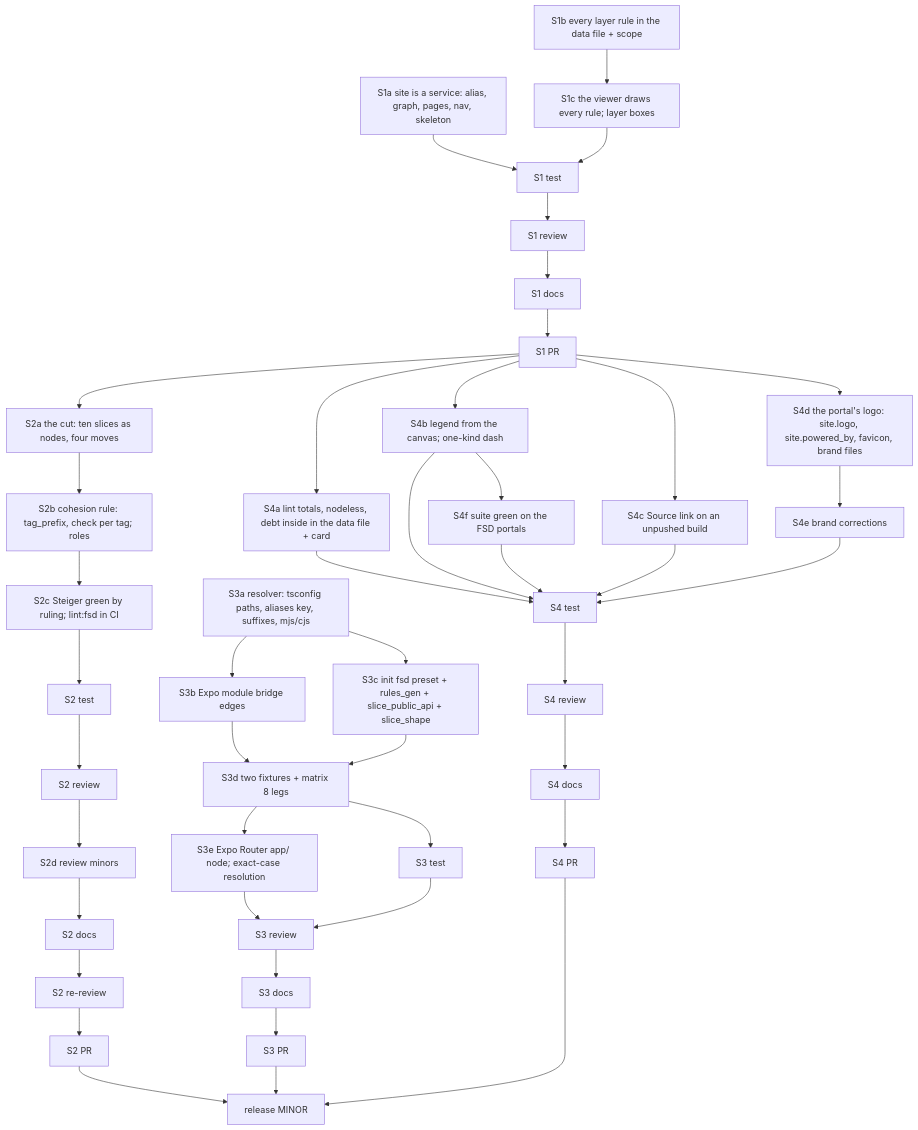
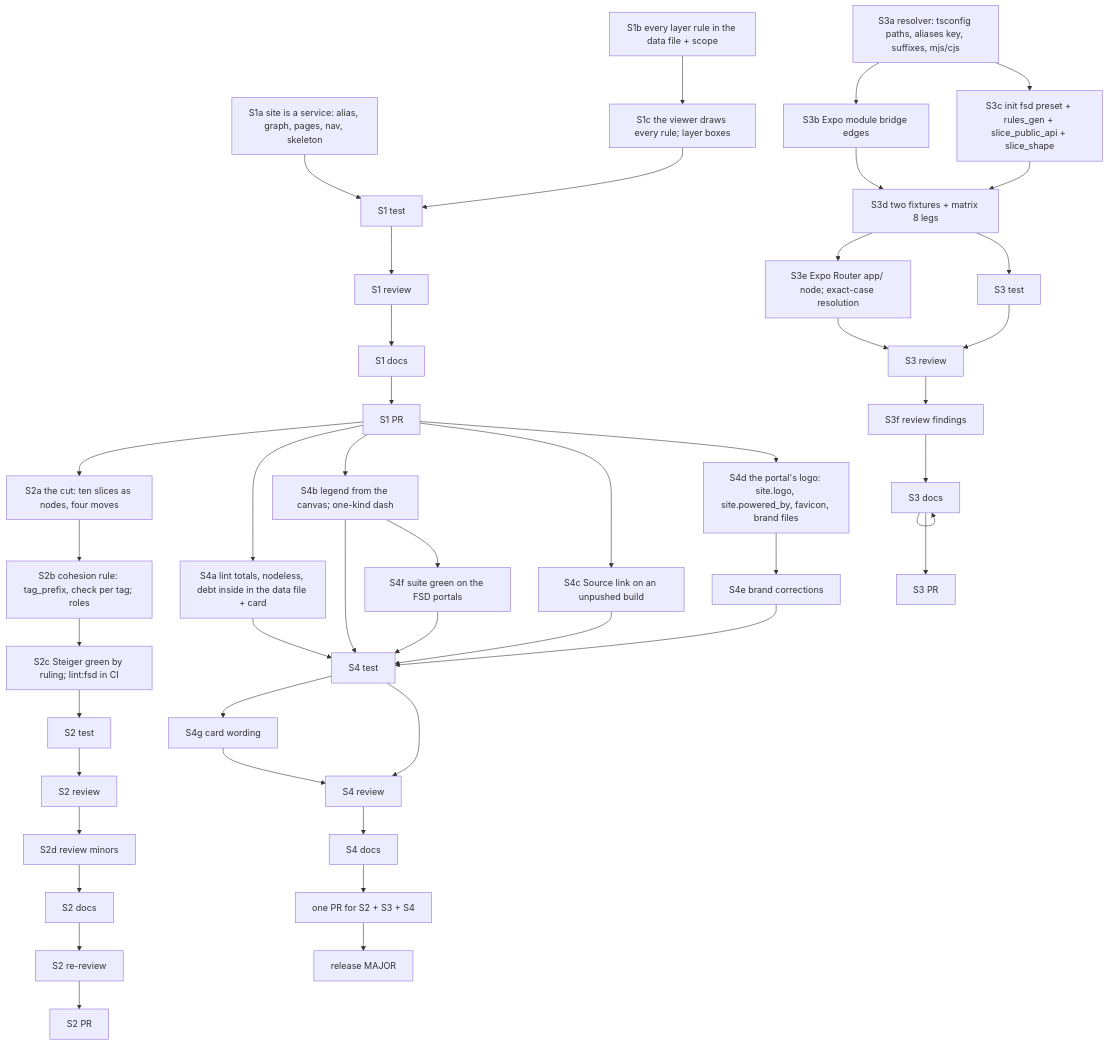
The diagram in .claude/development/docs/features/BDL-080/PLAN.md (zoologov/beadloom), drawn with Mermaid before and after one commit. The commit also changed other lines of this file and 8 other files, not shown here.

First line of the commit message:
[BDL-080] chore: coordinator state - the owner's rulings of 2026-10-10 (one PR, brand, card wording, S3e defaults, spec relaxations); BDL-UX #313-#314; ROADMAP current (BDL-080 status, the setup wizard, the graph reviewer, Debt to zero slice H context rot)

````diff
--- a/.claude/development/docs/features/BDL-080/PLAN.md
+++ b/.claude/development/docs/features/BDL-080/PLAN.md
@@ -16,34 +16,34 @@
 ```mermaid
 graph TD
     S1a[S1a site is a service: alias, graph, pages, nav, skeleton] --> S1T[S1 test]
     S1b[S1b every layer rule in the data file + scope] --> S1c[S1c the viewer draws every rule; layer boxes]
     S1c --> S1T
     S1T --> S1R[S1 review] --> S1W[S1 docs] --> S1P[S1 PR]
     S1P --> S2a[S2a the cut: ten slices as nodes, four moves]
     S2a --> S2b[S2b cohesion rule: tag_prefix, check per tag; roles]
     S2b --> S2c[S2c Steiger green by ruling; lint:fsd in CI]
     S2c --> S2T[S2 test] --> S2R[S2 review] --> S2d[S2d review minors] --> S2W[S2 docs] --> S2R2[S2 re-review] --> S2P[S2 PR]
     S3a[S3a resolver: tsconfig paths, aliases key, suffixes, mjs/cjs] --> S3b[S3b Expo module bridge edges]
     S3a --> S3c[S3c init fsd preset + rules_gen + slice_public_api + slice_shape]
     S3c --> S3d[S3d two fixtures + matrix 8 legs]
     S3b --> S3d
     S3d --> S3e[S3e Expo Router app/ node; exact-case resolution]
     S3d --> S3T[S3 test]
     S3e --> S3R[S3 review]
-    S3T --> S3R --> S3W[S3 docs] --> S3P[S3 PR]
+    S3T --> S3R
+    S3R --> S3f[S3f review findings] --> S3W --> S3W[S3 docs] --> S3P[S3 PR]
     S1P --> S4a[S4a lint totals, nodeless, debt inside in the data file + card]
     S1P --> S4b[S4b legend from the canvas; one-kind dash]
     S1P --> S4c[S4c Source link on an unpushed build]
     S1P --> S4d[S4d the portal's logo: site.logo, site.powered_by, favicon, brand files]
     S4a --> S4T[S4 test]
     S4b --> S4T
     S4c --> S4T
     S4d --> S4e[S4e brand corrections]
     S4e --> S4T
     S4b --> S4f[S4f suite green on the FSD portals]
     S4f --> S4T
+    S4T --> S4g[S4g card wording] --> S4R
     S4T --> S4R[S4 review] --> S4W[S4 docs] --> S4P[S4 PR]
-    S2P --> REL[release MINOR]
-    S3P --> REL
-    S4P --> REL
+    S4P[one PR for S2 + S3 + S4] --> REL[release MAJOR]
 ```
````
